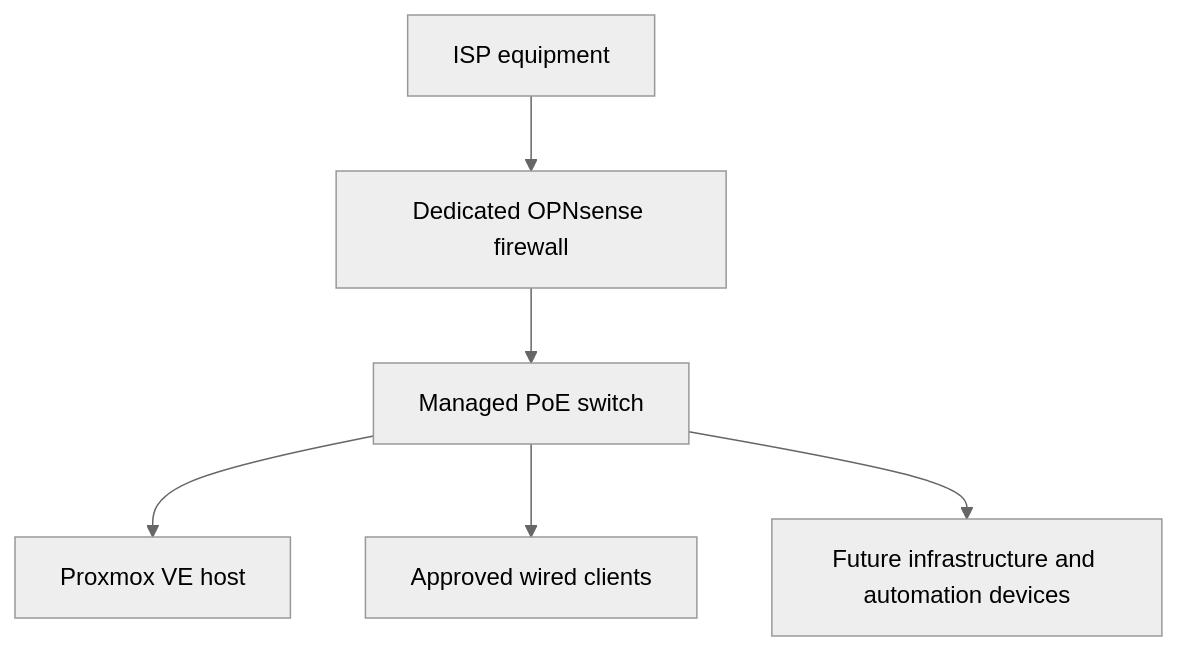
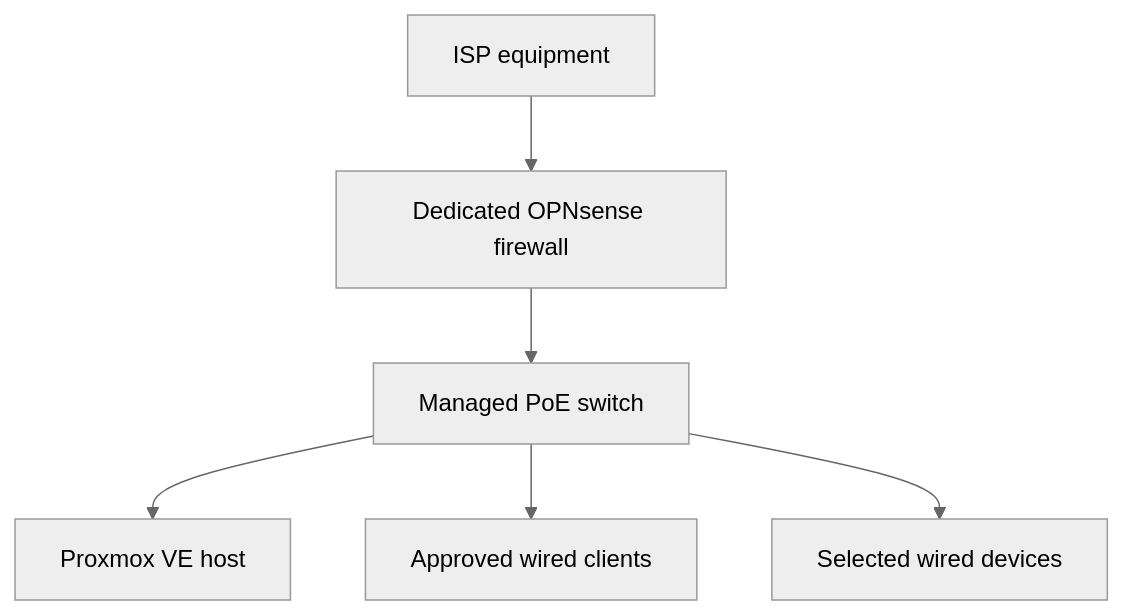
Before and after one commit to DeadPol8789/homelab: the diagram in docs/network-design.md, drawn with Mermaid (neutral theme). The commit also changed other lines of this file and 8 other files, not shown here.

````diff
--- a/docs/network-design.md
+++ b/docs/network-design.md
@@ -26,8 +28,8 @@
 ```mermaid
 flowchart TD
     ISP["ISP equipment"] --> FW["Dedicated OPNsense firewall"]
     FW --> SW["Managed PoE switch"]
     SW --> PVE["Proxmox VE host"]
     SW --> CLIENTS["Approved wired clients"]
-    SW --> DEVICES["Future infrastructure and automation devices"]
+    SW --> DEVICES["Selected wired devices"]
 ```
````
